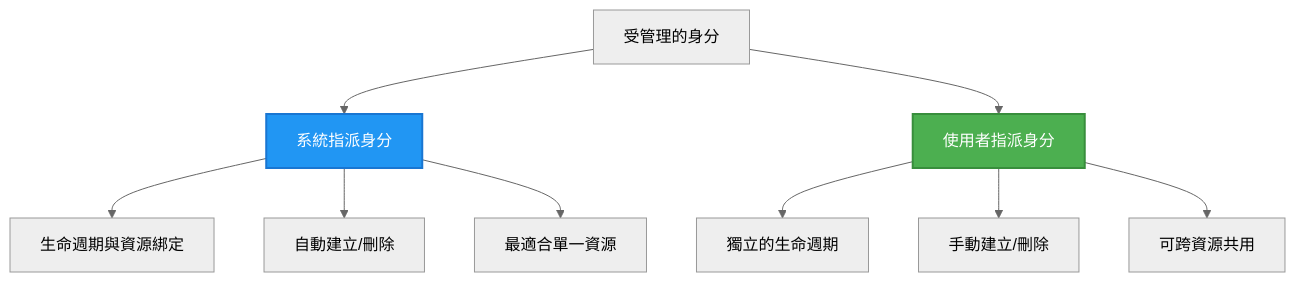
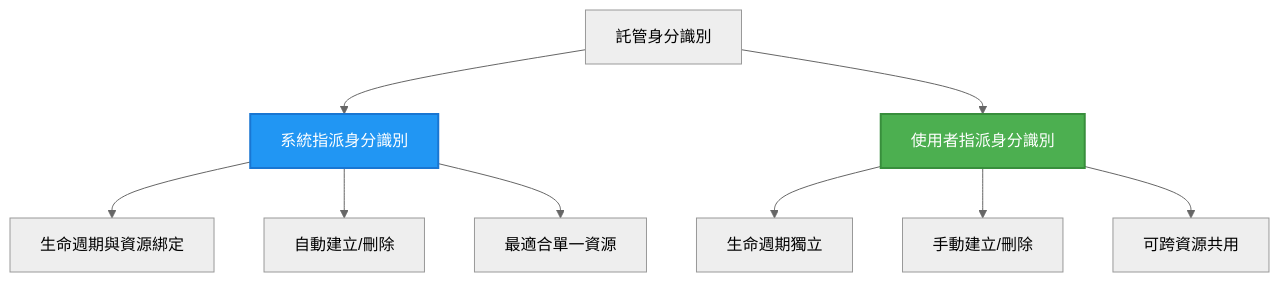
One commit to microsoft/AZD-for-beginners changed the second of 2 diagrams in translations/zh-MO/docs/chapter-03-configuration/authsecurity.md. Above: the diagram before and after it, drawn with Mermaid (neutral theme). The commit also changed other lines of this file and 104 other files, not shown here.

````diff
--- a/translations/zh-MO/docs/chapter-03-configuration/authsecurity.md
+++ b/translations/zh-MO/docs/chapter-03-configuration/authsecurity.md
@@ -97,20 +98,20 @@
 ```mermaid
 graph TB
-    MI[受管理的身分]
-    SystemAssigned[系統指派身分]
-    UserAssigned[使用者指派身分]
+    MI[託管身分識別]
+    SystemAssigned[系統指派身分識別]
+    UserAssigned[使用者指派身分識別]
     
     MI --> SystemAssigned
     MI --> UserAssigned
     
     SystemAssigned --> SA1[生命週期與資源綁定]
     SystemAssigned --> SA2[自動建立/刪除]
     SystemAssigned --> SA3[最適合單一資源]
     
-    UserAssigned --> UA1[獨立的生命週期]
+    UserAssigned --> UA1[生命週期獨立]
     UserAssigned --> UA2[手動建立/刪除]
     UserAssigned --> UA3[可跨資源共用]
     
     style SystemAssigned fill:#2196F3,stroke:#1976D2,stroke-width:2px,color:#fff
     style UserAssigned fill:#4CAF50,stroke:#388E3C,stroke-width:2px,color:#fff
 ```
````
